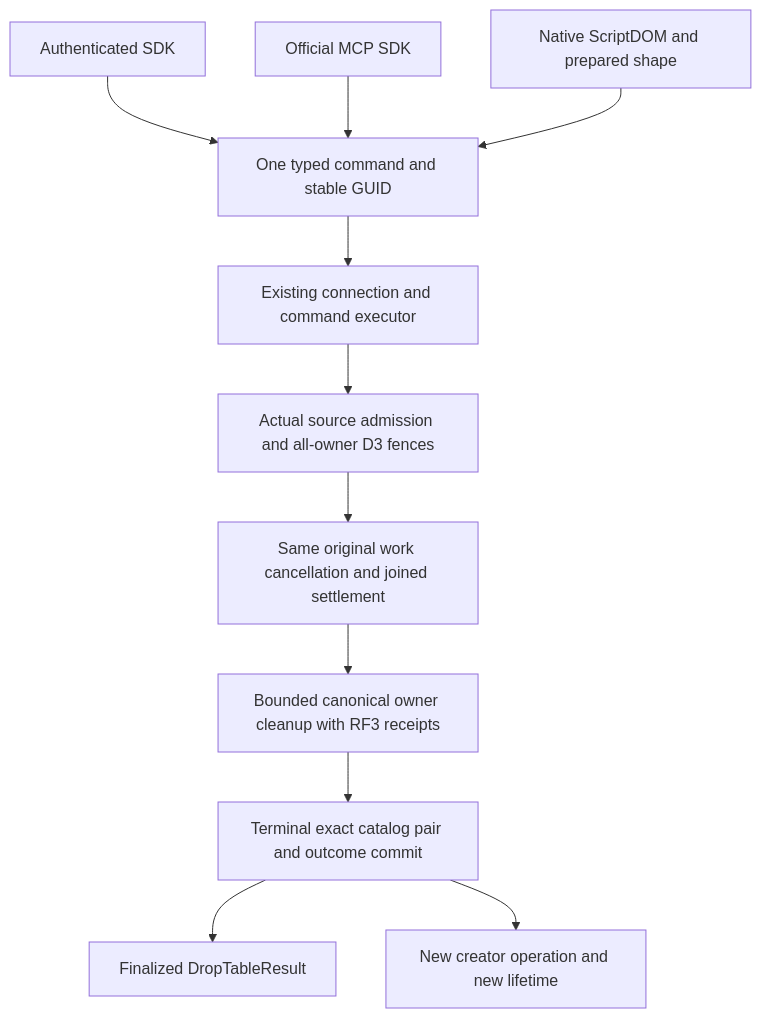
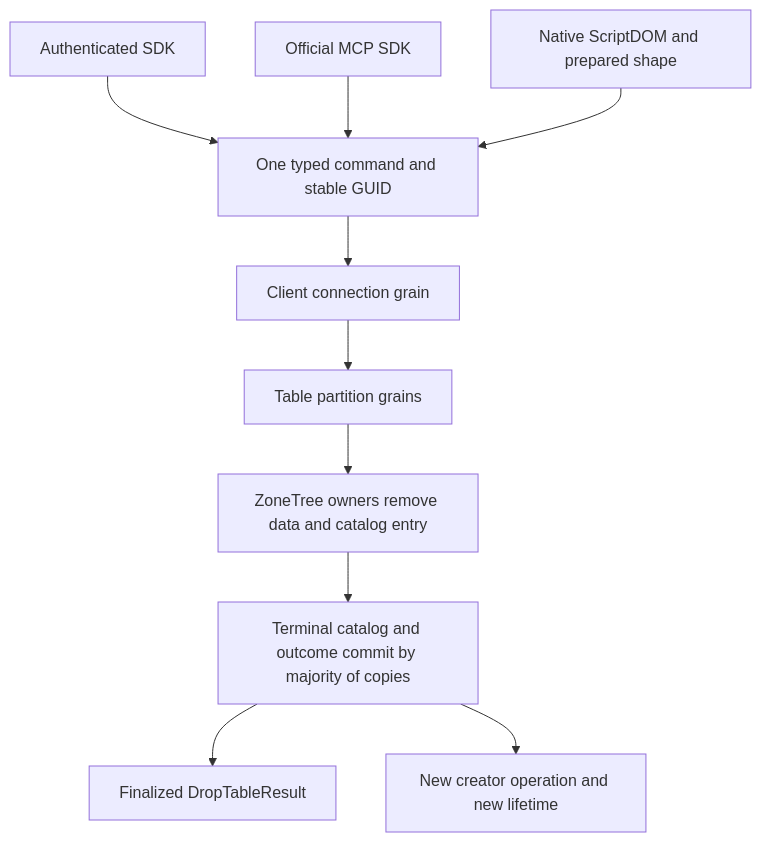
The diagram in docs/Features/RelationalStorage/DropTable.md (managedcode/KeyLoad), drawn with Mermaid before and after one commit. The commit also changed other lines of this file and 7356 other files, not shown here.

````diff
--- a/docs/Features/RelationalStorage/DropTable.md
+++ b/docs/Features/RelationalStorage/DropTable.md
@@ -25,13 +25,12 @@
 ```mermaid
 flowchart TD
     SDK[Authenticated SDK] --> Decode[One typed command and stable GUID]
     MCP[Official MCP SDK] --> Decode
     SQL[Native ScriptDOM and prepared shape] --> Decode
-    Decode --> Native[Existing connection and command executor]
-    Native --> D3[Actual source admission and all-owner D3 fences]
-    D3 --> D4[Same original work cancellation and joined settlement]
-    D4 --> D5[Bounded canonical owner cleanup with RF3 receipts]
-    D5 --> D6[Terminal exact catalog pair and outcome commit]
-    D6 --> Result[Finalized DropTableResult]
-    D6 --> Recreate[New creator operation and new lifetime]
+    Decode --> Conn[Client connection grain]
+    Conn --> Parts[Table partition grains]
+    Parts --> Owners[ZoneTree owners remove data and catalog entry]
+    Owners --> Commit[Terminal catalog and outcome commit by majority of copies]
+    Commit --> Result[Finalized DropTableResult]
+    Commit --> Recreate[New creator operation and new lifetime]
 ```
````
